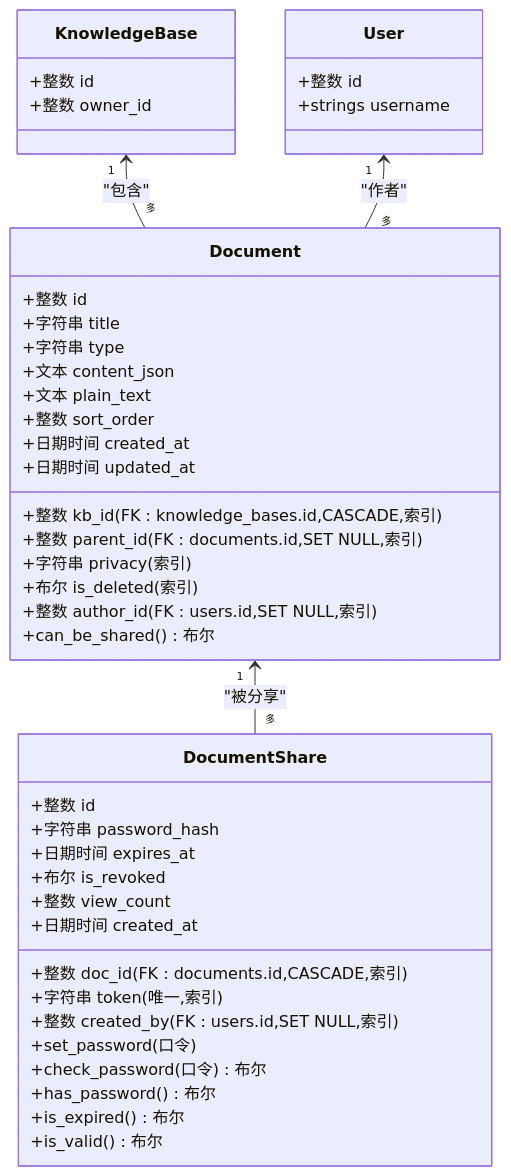
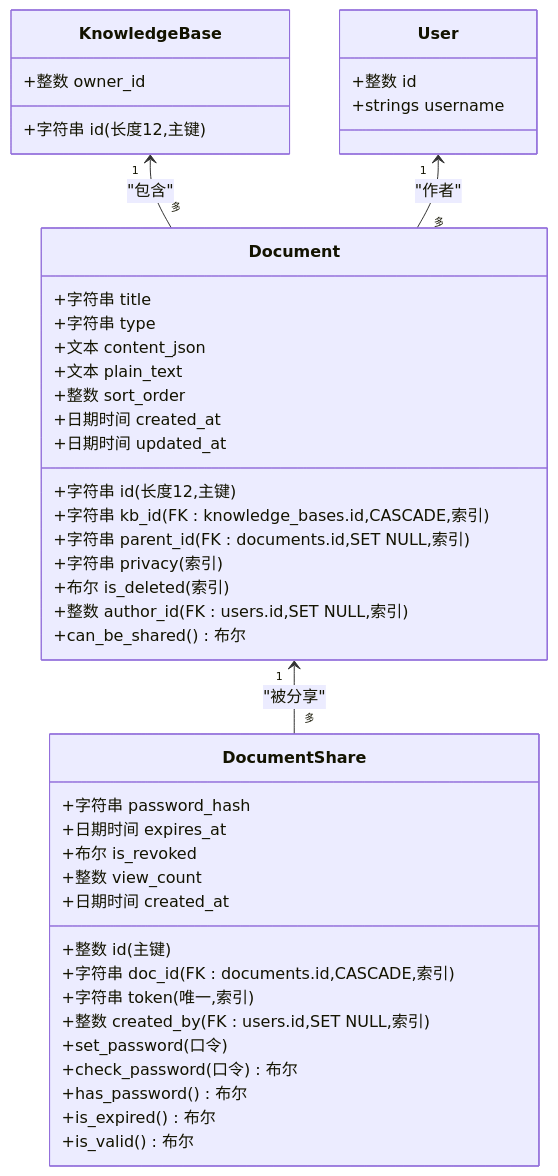
Before and after one commit to beyondalbert/my_wiki: the fifth of 8 diagrams in .qoder/repowiki/zh/content/架构设计/数据持久化架构/数据持久化架构.md, drawn with Mermaid. The commit also changed other lines of this file and 21 other files, not shown here.

````diff
--- a/.qoder/repowiki/zh/content/架构设计/数据持久化架构/数据持久化架构.md
+++ b/.qoder/repowiki/zh/content/架构设计/数据持久化架构/数据持久化架构.md
@@ -289,46 +323,46 @@
 ```mermaid
 classDiagram
 class Document {
-+整数 id
-+整数 kb_id(FK : knowledge_bases.id,CASCADE,索引)
-+整数 parent_id(FK : documents.id,SET NULL,索引)
++字符串 id(长度12,主键)
++字符串 kb_id(FK : knowledge_bases.id,CASCADE,索引)
++字符串 parent_id(FK : documents.id,SET NULL,索引)
 +字符串 title
 +字符串 type
 +字符串 privacy(索引)
 +文本 content_json
 +文本 plain_text
 +整数 sort_order
 +布尔 is_deleted(索引)
 +整数 author_id(FK : users.id,SET NULL,索引)
 +日期时间 created_at
 +日期时间 updated_at
 +can_be_shared() 布尔
 }
 class DocumentShare {
-+整数 id
-+整数 doc_id(FK : documents.id,CASCADE,索引)
++整数 id(主键)
++字符串 doc_id(FK : documents.id,CASCADE,索引)
 +字符串 token(唯一,索引)
 +字符串 password_hash
 +日期时间 expires_at
 +布尔 is_revoked
 +整数 view_count
 +整数 created_by(FK : users.id,SET NULL,索引)
 +日期时间 created_at
 +set_password(口令)
 +check_password(口令) 布尔
 +has_password() 布尔
 +is_expired() 布尔
 +is_valid() 布尔
 }
 class KnowledgeBase {
-+整数 id
++字符串 id(长度12,主键)
 +整数 owner_id
 }
 class User {
 +整数 id
 +strings username
 }
 KnowledgeBase "1" <-- "多" Document : "包含"
 User "1" <-- "多" Document : "作者"
 Document "1" <-- "多" DocumentShare : "被分享"
 ```
````
